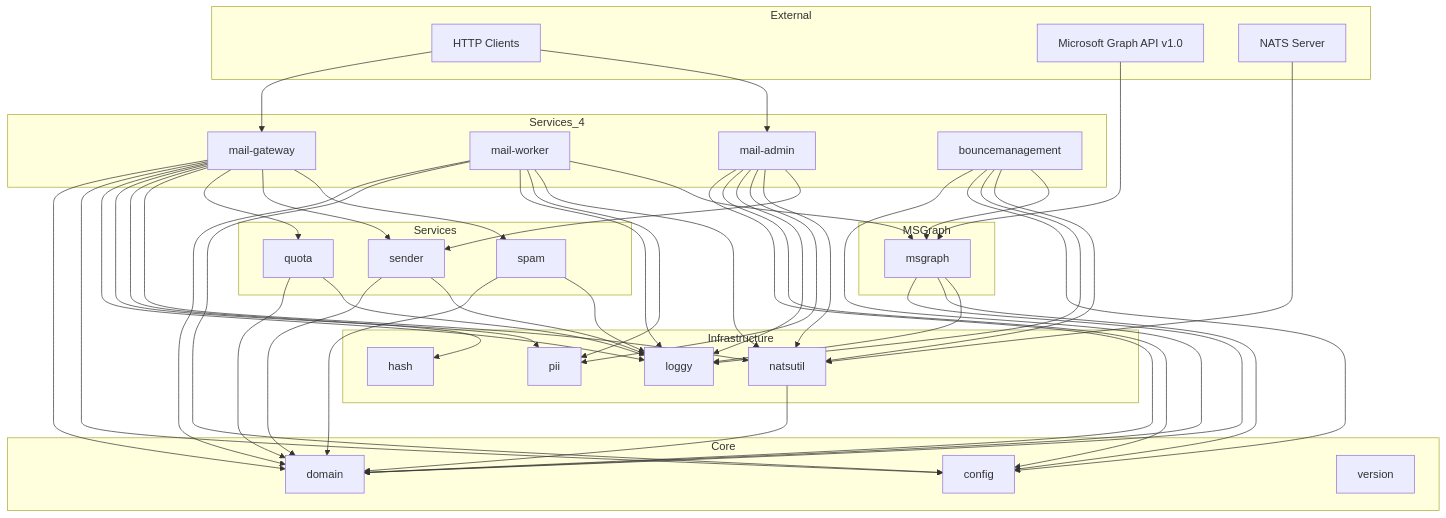
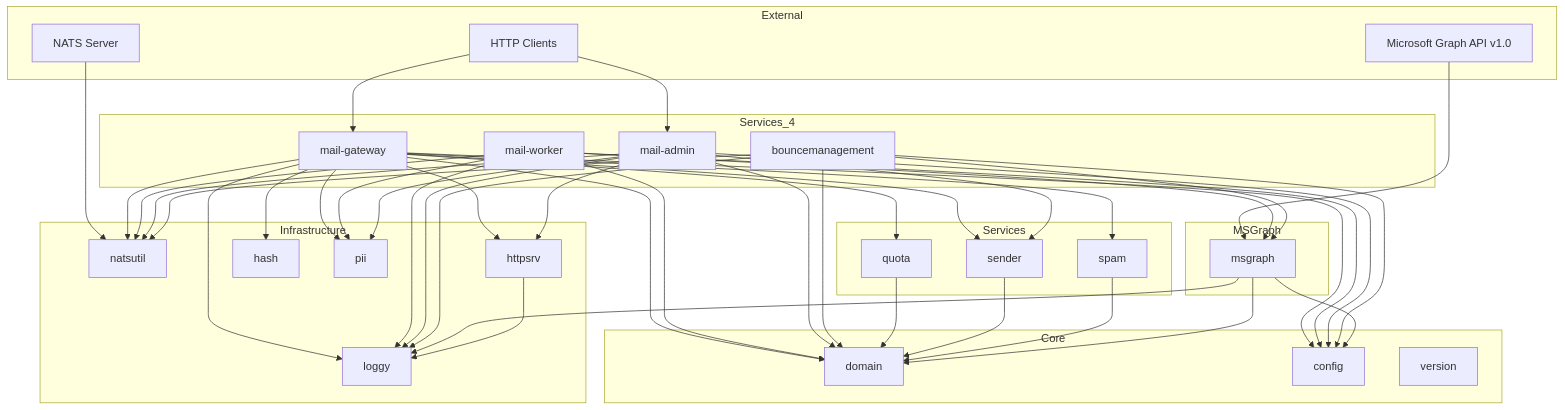
The diagram in docs/knowledge-base/architecture/dependencies.md (maatini/dispatch), drawn with Mermaid before and after one commit. The commit also changed 41 other files, not shown here.

```diff
--- a/docs/knowledge-base/architecture/dependencies.md
+++ b/docs/knowledge-base/architecture/dependencies.md
@@ -19,6 +19,7 @@
     subgraph Infrastructure
         LOGGY[loggy]
         NATSUTIL[natsutil]
+        HTTPSRV[httpsrv]
         HASH[hash]
         PII[pii]
     end
@@ -46,7 +47,7 @@
     MS_GRAPH --> MSGRAPH_CLIENT
     NATS_SERVER --> NATSUTIL
 
-    %% Core: everything depends on it
+    %% Core: domain services depend on domain types
     GATEWAY --> DOMAIN
     WORKER --> DOMAIN
     ADMIN --> DOMAIN
@@ -55,7 +56,6 @@
     SENDER --> DOMAIN
     SPAM --> DOMAIN
     MSGRAPH_CLIENT --> DOMAIN
-    NATSUTIL --> DOMAIN
 
     GATEWAY --> CONFIG
     WORKER --> CONFIG
@@ -63,15 +63,13 @@
     BOUNCE --> CONFIG
     MSGRAPH_CLIENT --> CONFIG
 
-    %% Infrastructure: used by everything
+    %% Infrastructure: logging / NATS / HTTP lifecycle
     GATEWAY --> LOGGY
     WORKER --> LOGGY
     ADMIN --> LOGGY
     BOUNCE --> LOGGY
     MSGRAPH_CLIENT --> LOGGY
-    QUOTA --> LOGGY
-    SENDER --> LOGGY
-    SPAM --> LOGGY
+    HTTPSRV --> LOGGY
 
     GATEWAY --> PII
     WORKER --> PII
@@ -84,6 +82,9 @@
     ADMIN --> NATSUTIL
     BOUNCE --> NATSUTIL
 
+    GATEWAY --> HTTPSRV
+    ADMIN --> HTTPSRV
+
     %% Services used by gateway and worker
     GATEWAY --> QUOTA
     GATEWAY --> SENDER
```
